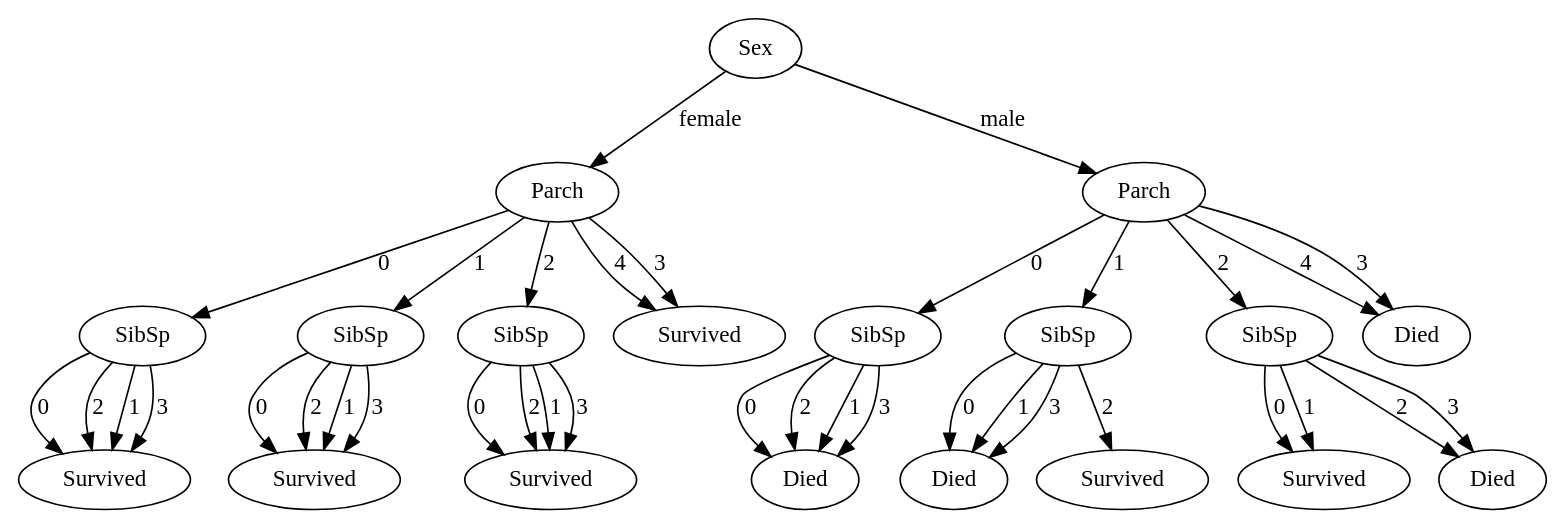
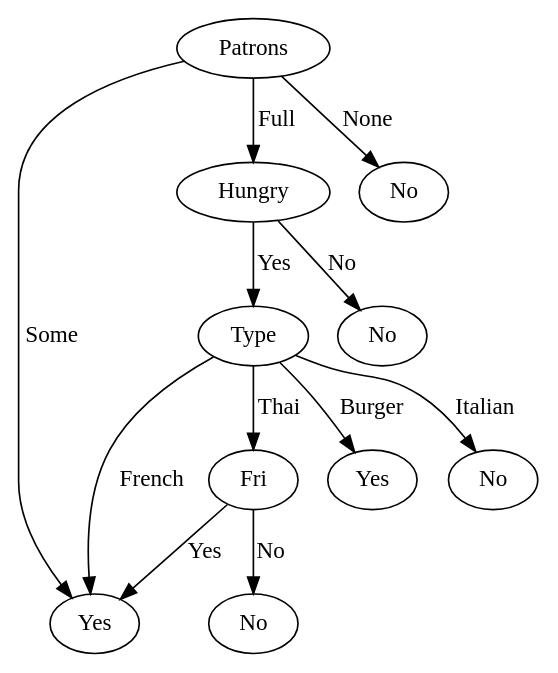
Before and after one commit to Jorgro/TDT4171-Methods-in-AI: the diagram in test.gv, drawn with Graphviz. The commit also changed 3 other files, not shown here.

```diff
--- a/test.gv
+++ b/test.gv
@@ -1,111 +1,36 @@
 // Network
 digraph {
-	Sex0 [label=Sex]
-	Parch0 [label=Parch]
-	Sex0 -> Parch0 [label=female]
-	Parch0 [label=Parch]
-	SibSp0 [label=SibSp]
-	Parch0 -> SibSp0 [label=0]
-	SibSp0 [label=SibSp]
-	10 [label=Survived]
-	SibSp0 -> 10 [label=0]
-	SibSp0 [label=SibSp]
-	10 [label=Survived]
-	SibSp0 -> 10 [label=2]
-	SibSp0 [label=SibSp]
-	10 [label=Survived]
-	SibSp0 -> 10 [label=1]
-	SibSp0 [label=SibSp]
-	10 [label=Survived]
-	SibSp0 -> 10 [label=3]
-	Parch0 [label=Parch]
-	SibSp1 [label=SibSp]
-	Parch0 -> SibSp1 [label=1]
-	SibSp1 [label=SibSp]
-	11 [label=Survived]
-	SibSp1 -> 11 [label=0]
-	SibSp1 [label=SibSp]
-	11 [label=Survived]
-	SibSp1 -> 11 [label=2]
-	SibSp1 [label=SibSp]
-	11 [label=Survived]
-	SibSp1 -> 11 [label=1]
-	SibSp1 [label=SibSp]
-	11 [label=Survived]
-	SibSp1 -> 11 [label=3]
-	Parch0 [label=Parch]
-	SibSp2 [label=SibSp]
-	Parch0 -> SibSp2 [label=2]
-	SibSp2 [label=SibSp]
-	12 [label=Survived]
-	SibSp2 -> 12 [label=0]
-	SibSp2 [label=SibSp]
-	12 [label=Survived]
-	SibSp2 -> 12 [label=2]
-	SibSp2 [label=SibSp]
-	12 [label=Survived]
-	SibSp2 -> 12 [label=1]
-	SibSp2 [label=SibSp]
-	12 [label=Survived]
-	SibSp2 -> 12 [label=3]
-	Parch0 [label=Parch]
-	13 [label=Survived]
-	Parch0 -> 13 [label=4]
-	Parch0 [label=Parch]
-	13 [label=Survived]
-	Parch0 -> 13 [label=3]
-	Sex0 [label=Sex]
-	Parch1 [label=Parch]
-	Sex0 -> Parch1 [label=male]
-	Parch1 [label=Parch]
-	SibSp3 [label=SibSp]
-	Parch1 -> SibSp3 [label=0]
-	SibSp3 [label=SibSp]
-	04 [label=Died]
-	SibSp3 -> 04 [label=0]
-	SibSp3 [label=SibSp]
-	04 [label=Died]
-	SibSp3 -> 04 [label=2]
-	SibSp3 [label=SibSp]
-	04 [label=Died]
-	SibSp3 -> 04 [label=1]
-	SibSp3 [label=SibSp]
-	04 [label=Died]
-	SibSp3 -> 04 [label=3]
-	Parch1 [label=Parch]
-	SibSp4 [label=SibSp]
-	Parch1 -> SibSp4 [label=1]
-	SibSp4 [label=SibSp]
-	05 [label=Died]
-	SibSp4 -> 05 [label=0]
-	SibSp4 [label=SibSp]
-	15 [label=Survived]
-	SibSp4 -> 15 [label=2]
-	SibSp4 [label=SibSp]
-	05 [label=Died]
-	SibSp4 -> 05 [label=1]
-	SibSp4 [label=SibSp]
-	05 [label=Died]
-	SibSp4 -> 05 [label=3]
-	Parch1 [label=Parch]
-	SibSp5 [label=SibSp]
-	Parch1 -> SibSp5 [label=2]
-	SibSp5 [label=SibSp]
-	16 [label=Survived]
-	SibSp5 -> 16 [label=0]
-	SibSp5 [label=SibSp]
-	06 [label=Died]
-	SibSp5 -> 06 [label=2]
-	SibSp5 [label=SibSp]
-	16 [label=Survived]
-	SibSp5 -> 16 [label=1]
-	SibSp5 [label=SibSp]
-	06 [label=Died]
-	SibSp5 -> 06 [label=3]
-	Parch1 [label=Parch]
-	07 [label=Died]
-	Parch1 -> 07 [label=4]
-	Parch1 [label=Parch]
-	07 [label=Died]
-	Parch1 -> 07 [label=3]
+	Patrons0 [label=Patrons]
+	10 [label=Yes]
+	Patrons0 -> 10 [label=Some]
+	Patrons0 [label=Patrons]
+	Hungry0 [label=Hungry]
+	Patrons0 -> Hungry0 [label=Full]
+	Hungry0 [label=Hungry]
+	Type0 [label=Type]
+	Hungry0 -> Type0 [label=Yes]
+	Type0 [label=Type]
+	10 [label=Yes]
+	Type0 -> 10 [label=French]
+	Type0 [label=Type]
+	Fri0 [label=Fri]
+	Type0 -> Fri0 [label=Thai]
+	Fri0 [label=Fri]
+	00 [label=No]
+	Fri0 -> 00 [label=No]
+	Fri0 [label=Fri]
+	10 [label=Yes]
+	Fri0 -> 10 [label=Yes]
+	Type0 [label=Type]
+	11 [label=Yes]
+	Type0 -> 11 [label=Burger]
+	Type0 [label=Type]
+	01 [label=No]
+	Type0 -> 01 [label=Italian]
+	Hungry0 [label=Hungry]
+	02 [label=No]
+	Hungry0 -> 02 [label=No]
+	Patrons0 [label=Patrons]
+	03 [label=No]
+	Patrons0 -> 03 [label=None]
 }
```
